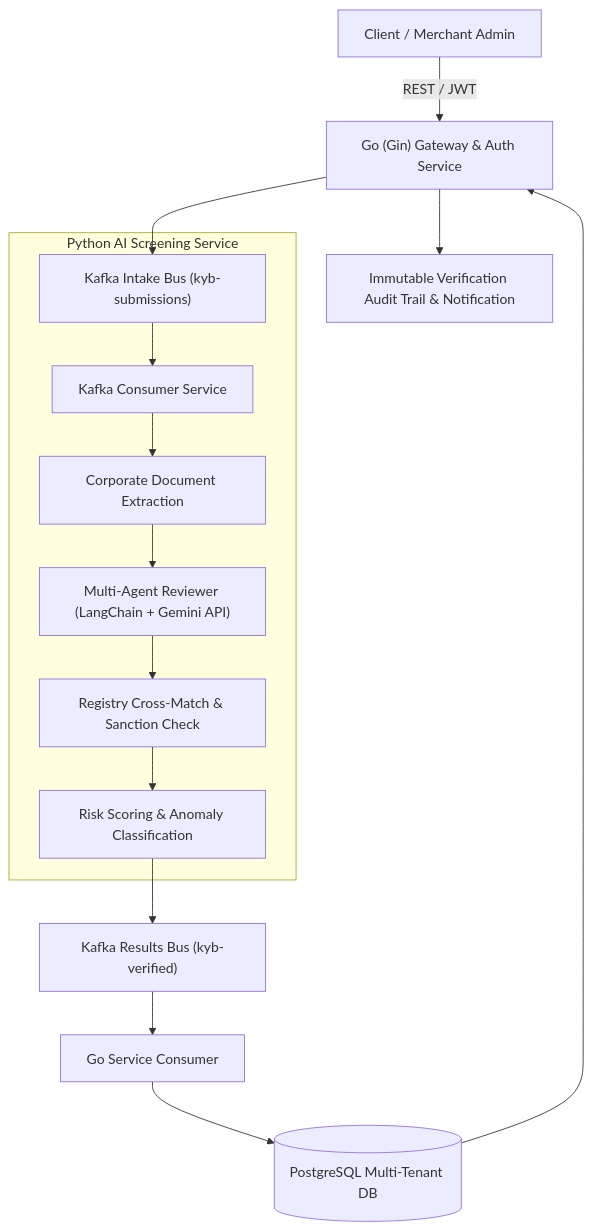
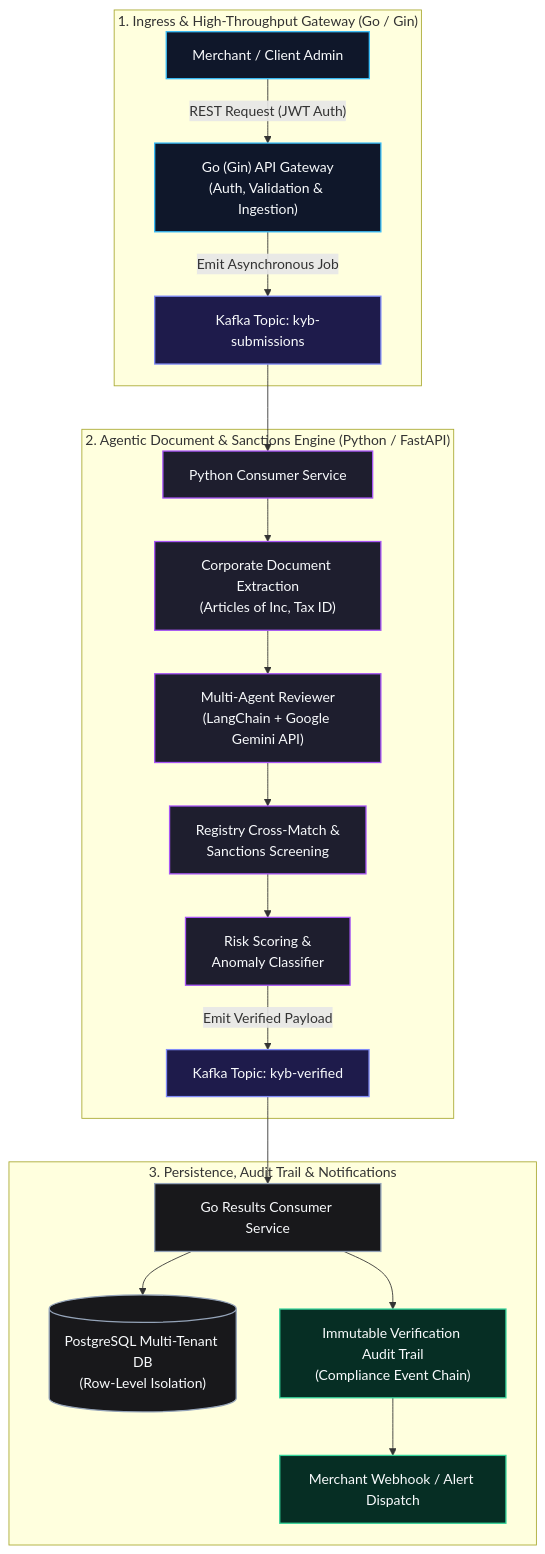
The sixth of 6 diagrams in README.md (sultanriaz/sultanriaz), drawn with Mermaid before and after one commit. The commit also changed other lines of this file, not shown here.

Commit message:
docs(profile): redesign flagship architecture diagrams and improve README layout

````diff
--- a/README.md
+++ b/README.md
@@ -309,19 +459,39 @@
 ```mermaid
-graph TD
-    Client["Client / Merchant Admin"] -->|REST / JWT| GoGateway["Go (Gin) Gateway & Auth Service"]
-    GoGateway --> KafkaIntake["Kafka Intake Bus (kyb-submissions)"]
-    
-    subgraph "Python AI Screening Service"
-        KafkaIntake --> Consumer["Kafka Consumer Service"]
-        Consumer --> DocParser["Corporate Document Extraction"]
-        DocParser --> LangChainAgent["Multi-Agent Reviewer (LangChain + Gemini API)"]
-        LangChainAgent --> SanctionScreen["Registry Cross-Match & Sanction Check"]
-        SanctionScreen --> RiskModel["Risk Scoring & Anomaly Classification"]
+flowchart TB
+    %% --- CLIENT & API GATEWAY ---
+    subgraph GatewayTier["1. Ingress & High-Throughput Gateway (Go / Gin)"]
+        Merchant["Merchant / Client Admin"] -->|"REST Request (JWT Auth)"| GoGateway["Go (Gin) API Gateway<br/>(Auth, Validation & Ingestion)"]
+        GoGateway -->|"Emit Asynchronous Job"| KafkaSub["Kafka Topic: kyb-submissions"]
     end
 
-    RiskModel --> KafkaOutput["Kafka Results Bus (kyb-verified)"]
-    KafkaOutput --> GoPersist["Go Service Consumer"]
-    GoPersist --> Postgres[("PostgreSQL Multi-Tenant DB")]
-    Postgres --> GoGateway
-    GoGateway --> AuditTrail["Immutable Verification Audit Trail & Notification"]
+    %% --- ASYNC AI SCREENING SERVICE ---
+    subgraph AIScreeningTier["2. Agentic Document & Sanctions Engine (Python / FastAPI)"]
+        KafkaSub --> Consumer["Python Consumer Service"]
+        Consumer --> DocParser["Corporate Document Extraction<br/>(Articles of Inc, Tax ID)"]
+        DocParser --> LangChainAgent["Multi-Agent Reviewer<br/>(LangChain + Google Gemini API)"]
+        LangChainAgent --> Sanctions["Registry Cross-Match &<br/>Sanctions Screening"]
+        Sanctions --> RiskEngine["Risk Scoring &<br/>Anomaly Classifier"]
+        RiskEngine -->|"Emit Verified Payload"| KafkaResults["Kafka Topic: kyb-verified"]
+    end
+
+    %% --- PERSISTENCE & AUDIT TIER ---
+    subgraph DataAuditTier["3. Persistence, Audit Trail & Notifications"]
+        KafkaResults --> GoConsumer["Go Results Consumer Service"]
+        GoConsumer --> Postgres[("PostgreSQL Multi-Tenant DB<br/>(Row-Level Isolation)")]
+        GoConsumer --> AuditTrail["Immutable Verification Audit Trail<br/>(Compliance Event Chain)"]
+        AuditTrail --> Notification["Merchant Webhook / Alert Dispatch"]
+    end
+
+    %% Styling
+    classDef gateway fill:#0f172a,stroke:#38bdf8,stroke-width:1.5px,color:#f8fafc;
+    classDef kafka fill:#1e1b4b,stroke:#818cf8,stroke-width:1.5px,color:#f8fafc;
+    classDef ai fill:#1e1e2e,stroke:#a855f7,stroke-width:1.5px,color:#f8fafc;
+    classDef storage fill:#18181b,stroke:#94a3b8,stroke-width:1.5px,color:#f8fafc;
+    classDef audit fill:#062e24,stroke:#34d399,stroke-width:1.5px,color:#f8fafc;
+
+    class Merchant,GoGateway gateway;
+    class KafkaSub,KafkaResults kafka;
+    class Consumer,DocParser,LangChainAgent,Sanctions,RiskEngine ai;
+    class GoConsumer,Postgres storage;
+    class AuditTrail,Notification audit;
 ```
````
